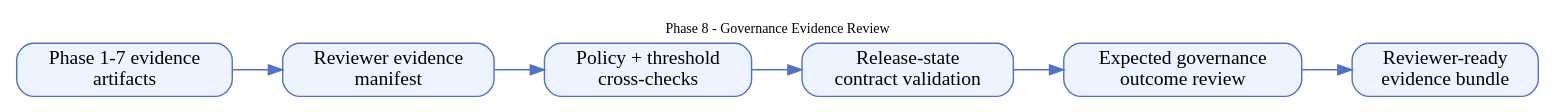
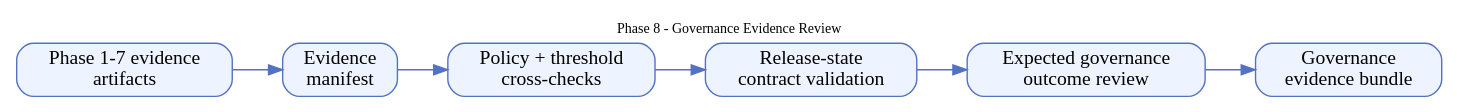
One commit to Parmodk2310/CreditScorev4-ML-Governance changed the diagram in docs/assets/diagrams/phase8-governance-evidence.dot. Above: the diagram before and after it, drawn with Graphviz. The commit also changed 1 other file, not shown here.

Commit message:
docs: align diagram sources with neutral labels

```diff
--- a/docs/assets/diagrams/phase8-governance-evidence.dot
+++ b/docs/assets/diagrams/phase8-governance-evidence.dot
@@ -1,19 +1,19 @@
 digraph G {
   rankdir=LR;
   graph [fontsize=10, labelloc=t, label="Phase 8 - Governance Evidence Review"];
   node [shape=box, style="rounded,filled", fillcolor="#eef4ff", color="#5472c2"];
   edge [color="#5472c2"];
   A [label="Phase 1-7 evidence
 artifacts"];
-  B [label="Reviewer evidence
+  B [label="Evidence
 manifest"];
   C [label="Policy + threshold
 cross-checks"];
   D [label="Release-state
 contract validation"];
   E [label="Expected governance
 outcome review"];
-  F [label="Reviewer-ready
+  F [label="Governance
 evidence bundle"];
   A -> B -> C -> D -> E -> F;
 }
```
